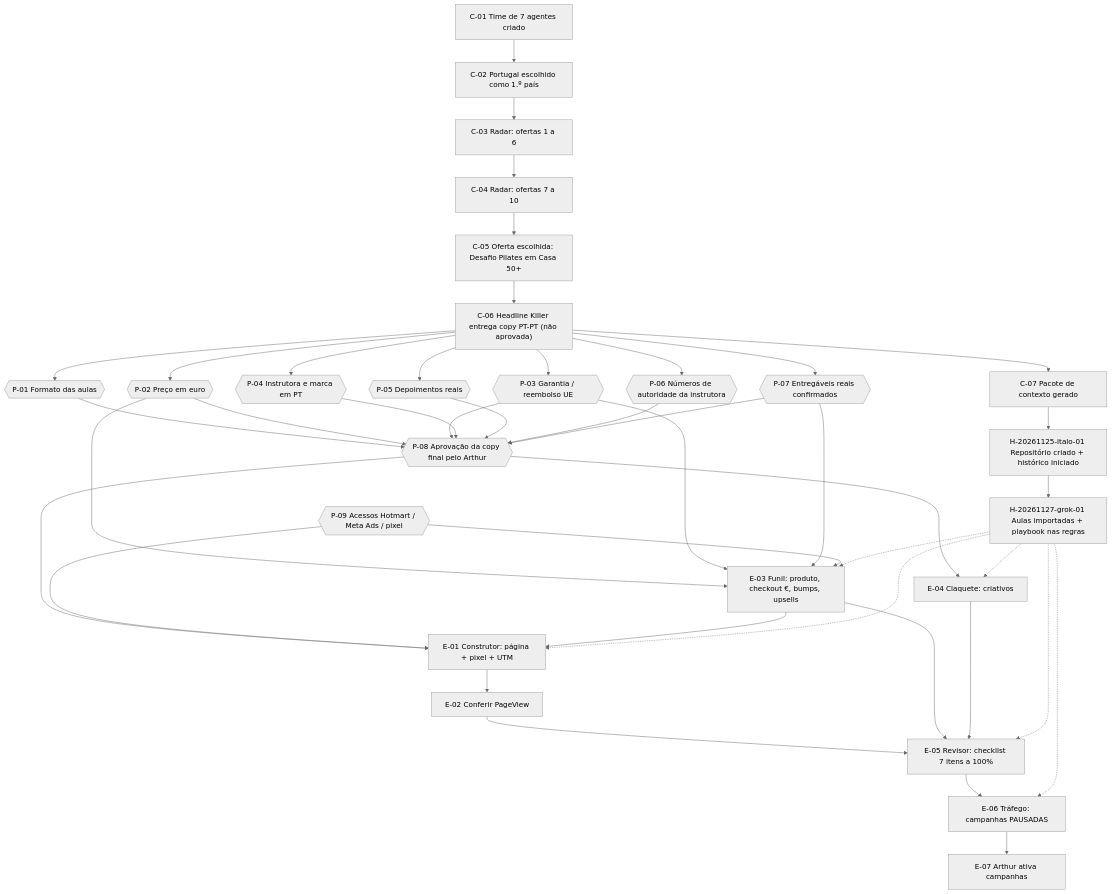
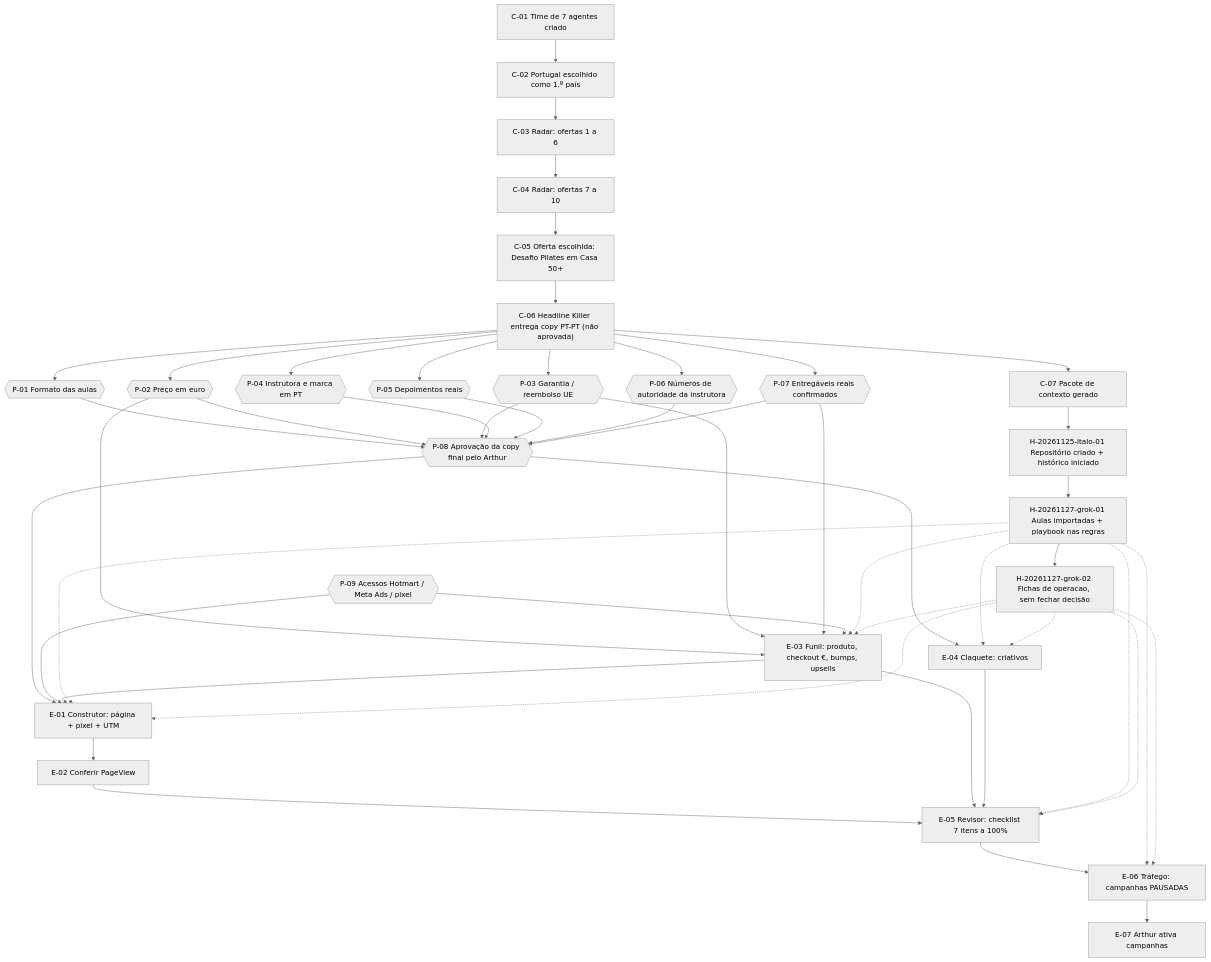
One commit to italoxdemelo/direct-response changed the diagram in historico/MAPA-DEPENDENCIAS.md. Above: the diagram before and after it, drawn with Mermaid (neutral theme). The commit also changed other lines of this file and 14 other files, not shown here.

Commit message:
H-20261127-grok-02: fichas de operacao da oferta, sem fechar decisao

````diff
--- a/historico/MAPA-DEPENDENCIAS.md
+++ b/historico/MAPA-DEPENDENCIAS.md
@@ -20,57 +20,63 @@
 ```mermaid
 flowchart TD
   %% Contexto original (25/11/2026, antes do repositório)
   C01["C-01 Time de 7 agentes criado"]
   C02["C-02 Portugal escolhido como 1.º país"]
   C03["C-03 Radar: ofertas 1 a 6"]
   C04["C-04 Radar: ofertas 7 a 10"]
   C05["C-05 Oferta escolhida: Desafio Pilates em Casa 50+"]
   C06["C-06 Headline Killer entrega copy PT-PT (não aprovada)"]
   C07["C-07 Pacote de contexto gerado"]
 
   C01 --> C02 --> C03 --> C04 --> C05 --> C06 --> C07
 
   %% Repositório
   H01["H-20261125-italo-01 Repositório criado + histórico iniciado"]
   H02["H-20261127-grok-01 Aulas importadas + playbook nas regras"]
-  C07 --> H01 --> H02
+  H03["H-20261127-grok-02 Fichas de operacao, sem fechar decisão"]
+  C07 --> H01 --> H02 --> H03
 
   %% Pendências abertas
   P01{{"P-01 Formato das aulas"}}
   P02{{"P-02 Preço em euro"}}
   P03{{"P-03 Garantia / reembolso UE"}}
   P04{{"P-04 Instrutora e marca em PT"}}
   P05{{"P-05 Depoimentos reais"}}
   P06{{"P-06 Números de autoridade da instrutora"}}
   P07{{"P-07 Entregáveis reais confirmados"}}
   P08{{"P-08 Aprovação da copy final pelo Arthur"}}
   P09{{"P-09 Acessos Hotmart / Meta Ads / pixel"}}
 
   C06 --> P01 & P02 & P03 & P04 & P05 & P06 & P07
   P01 & P02 & P03 & P04 & P05 & P06 & P07 --> P08
 
   %% Etapas futuras do fluxo
   E01["E-01 Construtor: página + pixel + UTM"]
   E02["E-02 Conferir PageView"]
   E03["E-03 Funil: produto, checkout €, bumps, upsells"]
   E04["E-04 Claquete: criativos"]
   E05["E-05 Revisor: checklist 7 itens a 100%"]
   E06["E-06 Tráfego: campanhas PAUSADAS"]
   E07["E-07 Arthur ativa campanhas"]
 
   P08 --> E01
   P09 --> E01
   P02 & P03 & P07 & P09 --> E03
   P08 --> E04
   E01 --> E02
   E03 --> E01
   E02 & E03 & E04 --> E05
   E05 --> E06 --> E07
 
-  %% O playbook orienta estas etapas e não as desbloqueia
+  %% O playbook e as fichas orientam estas etapas e não as desbloqueiam
   H02 -.-> E01
   H02 -.-> E03
   H02 -.-> E04
   H02 -.-> E05
   H02 -.-> E06
+  H03 -.-> E01
+  H03 -.-> E03
+  H03 -.-> E04
+  H03 -.-> E05
+  H03 -.-> E06
 ```
````
